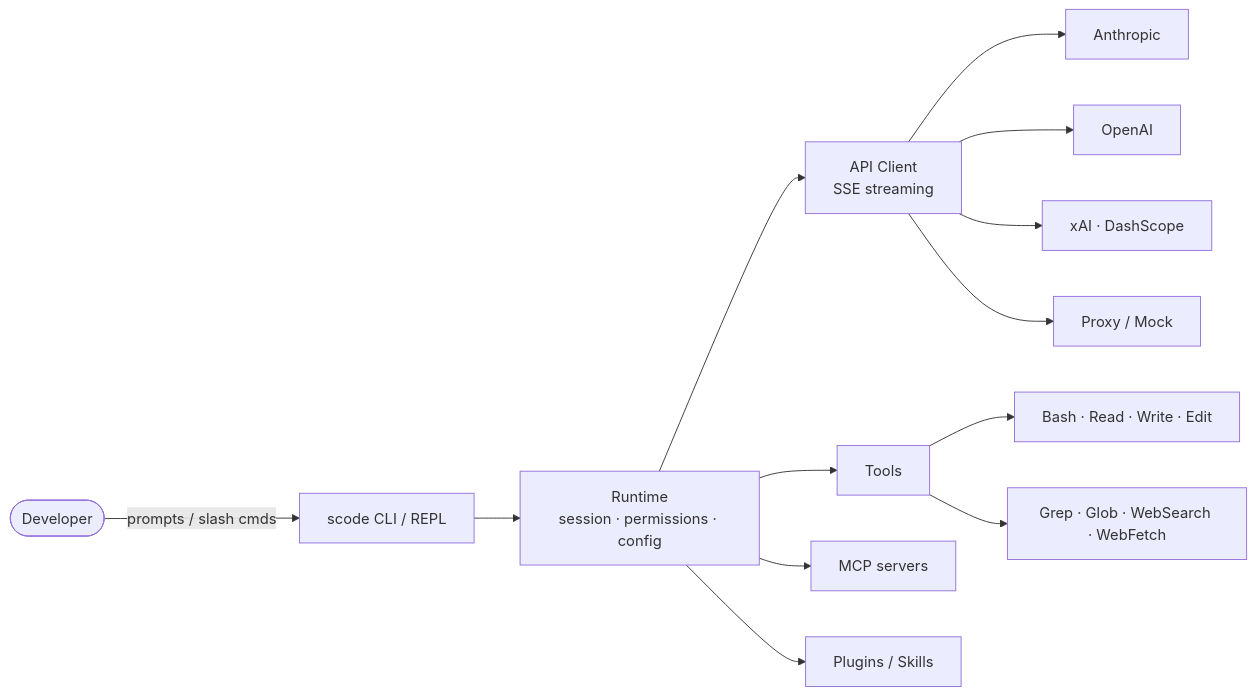
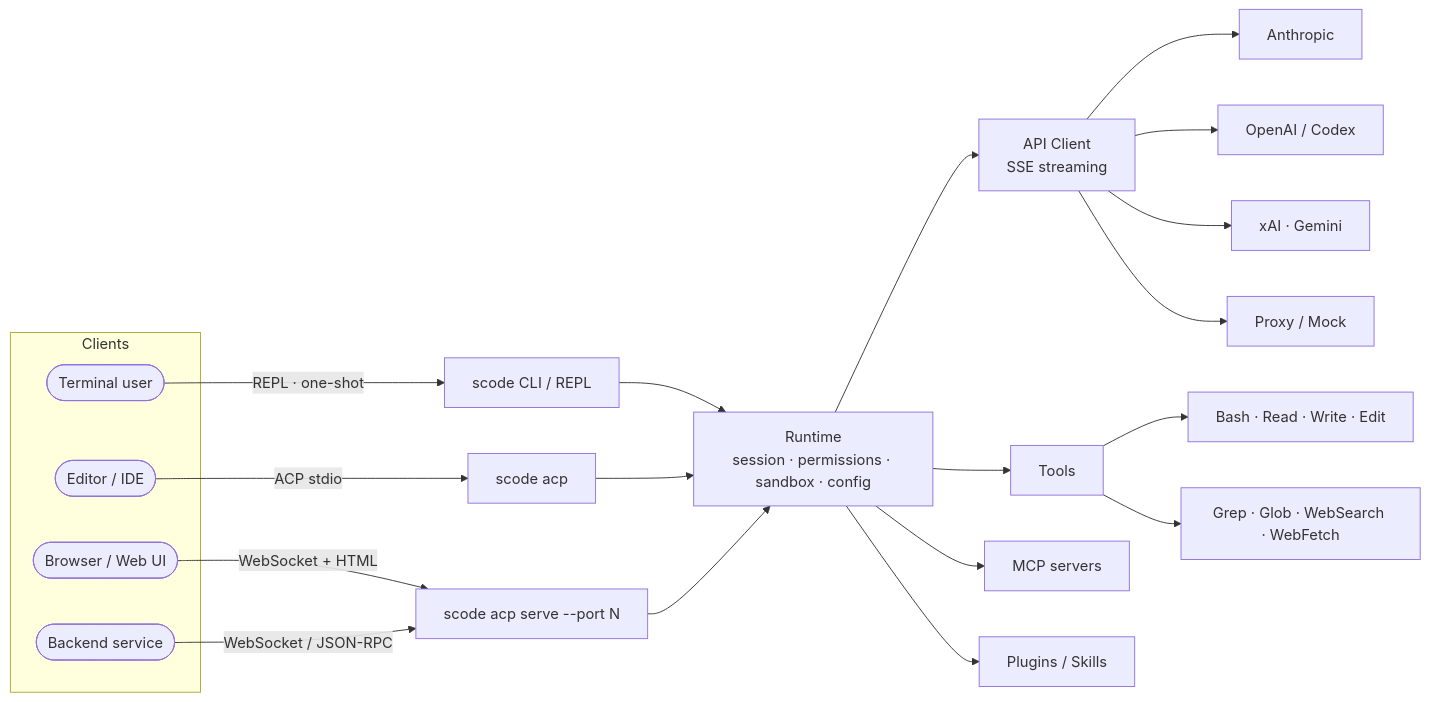
The diagram in README.md (sudoprivacy/sudocode), drawn with Mermaid before and after one commit. The commit also changed other lines of this file and 2 other files, not shown here.

Commit message:
docs: replace README hero with scode logo

````diff
--- a/README.md
+++ b/README.md
@@ -38,15 +40,31 @@
 ```mermaid
 flowchart LR
-    Dev([Developer]) -->|prompts / slash cmds| CLI[scode CLI / REPL]
-    CLI --> RT[Runtime<br/>session · permissions · config]
-    RT --> API[API Client<br/>SSE streaming]
+    subgraph Clients
+      Term([Terminal user])
+      Editor([Editor / IDE])
+      Browser([Browser / Web UI])
+      Service([Backend service])
+    end
+
+    Term -->|REPL · one-shot| CLI
+    Editor -->|ACP stdio| STDIO[scode acp]
+    Browser -->|WebSocket + HTML| WS[scode acp serve --port N]
+    Service -->|WebSocket / JSON-RPC| WS
+
+    CLI[scode CLI / REPL] --> RT
+    STDIO --> RT
+    WS --> RT
+
+    RT[Runtime<br/>session · permissions · sandbox · config] --> API[API Client<br/>SSE streaming]
     RT --> TOOLS[Tools]
     RT --> MCP[MCP servers]
     RT --> PLUG[Plugins / Skills]
+
     TOOLS --> T1[Bash · Read · Write · Edit]
     TOOLS --> T2[Grep · Glob · WebSearch · WebFetch]
+
     API --> P1[Anthropic]
-    API --> P2[OpenAI]
-    API --> P3[xAI · DashScope]
+    API --> P2[OpenAI / Codex]
+    API --> P3[xAI · Gemini]
     API --> P4[Proxy / Mock]
 ```
````
